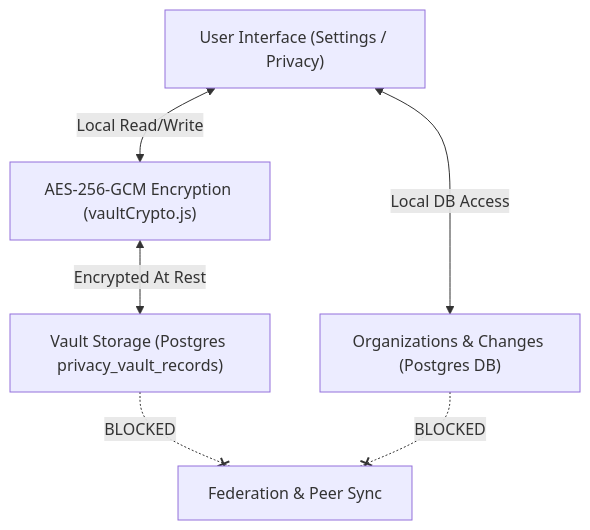
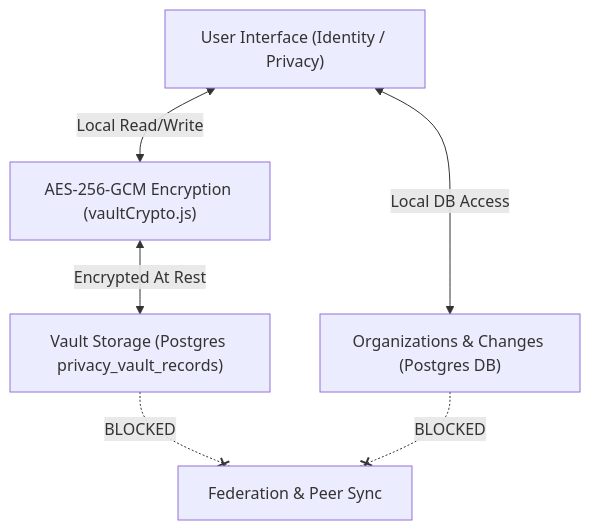
One commit to atomantic/PortOS changed the diagram in docs/features/privacy-center.md. Above: the diagram before and after it, drawn with Mermaid. The commit also changed other lines of this file and 29 other files, not shown here.

````diff
--- a/docs/features/privacy-center.md
+++ b/docs/features/privacy-center.md
@@ -83,15 +83,15 @@
 ```mermaid
 flowchart TD
-    User["User Interface (Settings / Privacy)"]
+    User["User Interface (Identity / Privacy)"]
     Vault["Vault Storage (Postgres privacy_vault_records)"]
     Crypto["AES-256-GCM Encryption (vaultCrypto.js)"]
     Orgs["Organizations & Changes (Postgres DB)"]
     Federation["Federation & Peer Sync"]
 
     User <-->|Local Read/Write| Crypto
     Crypto <-->|Encrypted At Rest| Vault
     User <-->|Local DB Access| Orgs
     
     Vault -.-x|BLOCKED| Federation
     Orgs -.-x|BLOCKED| Federation
 ```
````
